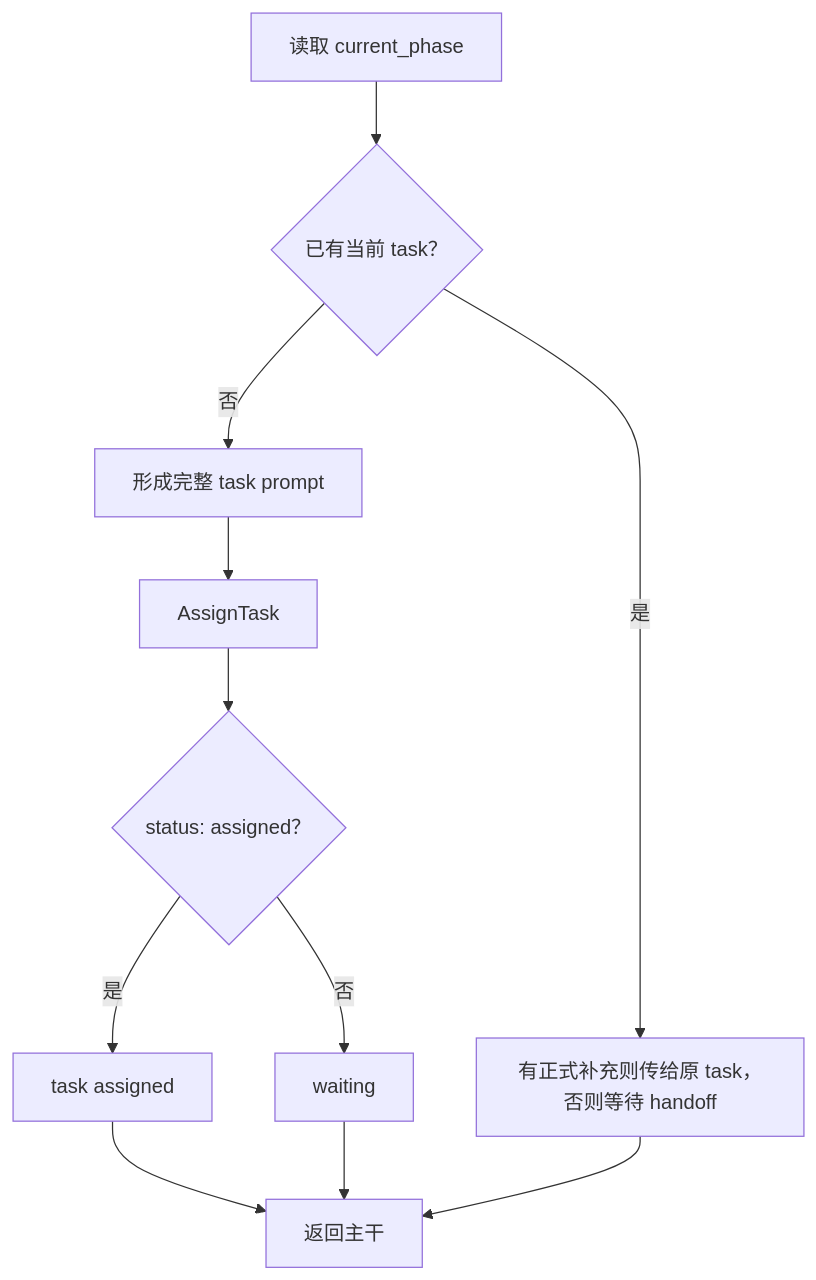
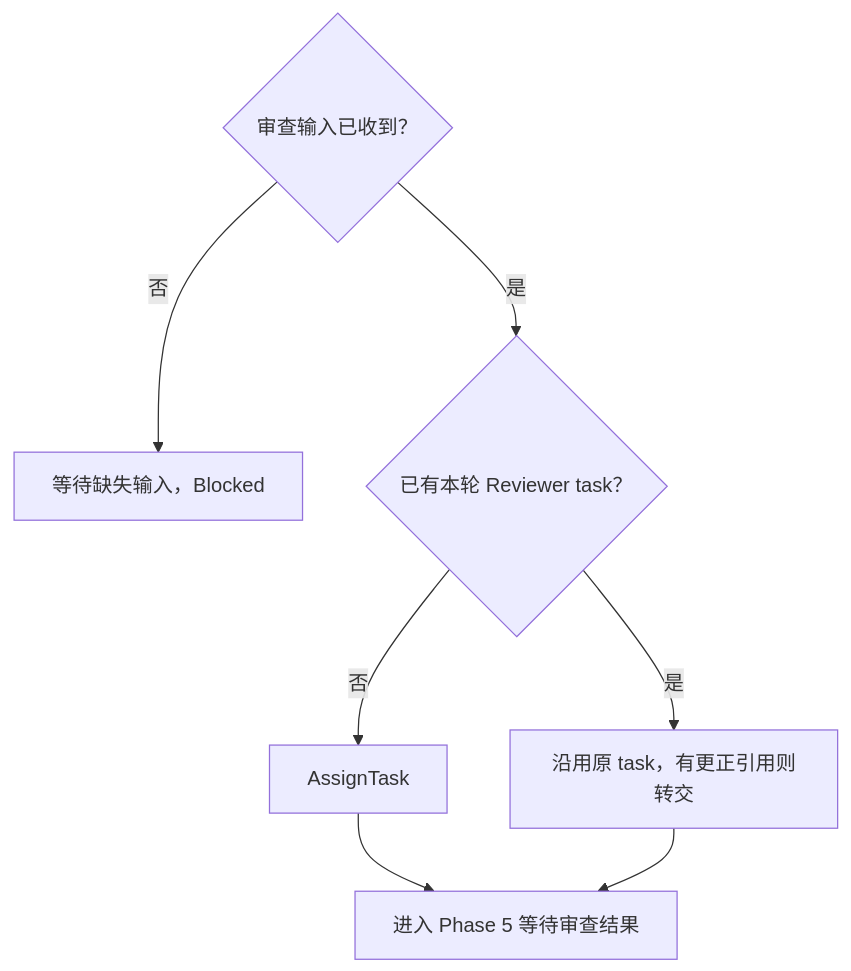
One commit to daihothot/scout changed the fourth of 5 diagrams in assets/codex/skills/domain-rbt-coordinator/SKILL.md. Above: the diagram before and after it, drawn with Mermaid. The commit also changed other lines of this file and 9 other files, not shown here.

````diff
--- a/assets/codex/skills/domain-rbt-coordinator/SKILL.md
+++ b/assets/codex/skills/domain-rbt-coordinator/SKILL.md
@@ -174,13 +237,10 @@
 ```mermaid
 flowchart TD
-  A["读取 current_phase"] --> B{"已有当前 task？"}
-  B -- "否" --> C["形成完整 task prompt"]
-  C --> D["AssignTask"]
-  D --> E{"status: assigned？"}
-  E -- "是" --> F["task assigned"]
-  E -- "否" --> G["waiting"]
-  B -- "是" --> H["有正式补充则传给原 task，否则等待 handoff"]
-  F --> I["返回主干"]
-  G --> I
-  H --> I
+  A{"审查输入已收到？"}
+  A -- "否" --> W["等待缺失输入，Blocked"]
+  A -- "是" --> B{"已有本轮 Reviewer task？"}
+  B -- "否" --> C["AssignTask"]
+  B -- "是" --> D["沿用原 task，有更正引用则转交"]
+  C --> E["进入 Phase 5 等待审查结果"]
+  D --> E
 ```
````
